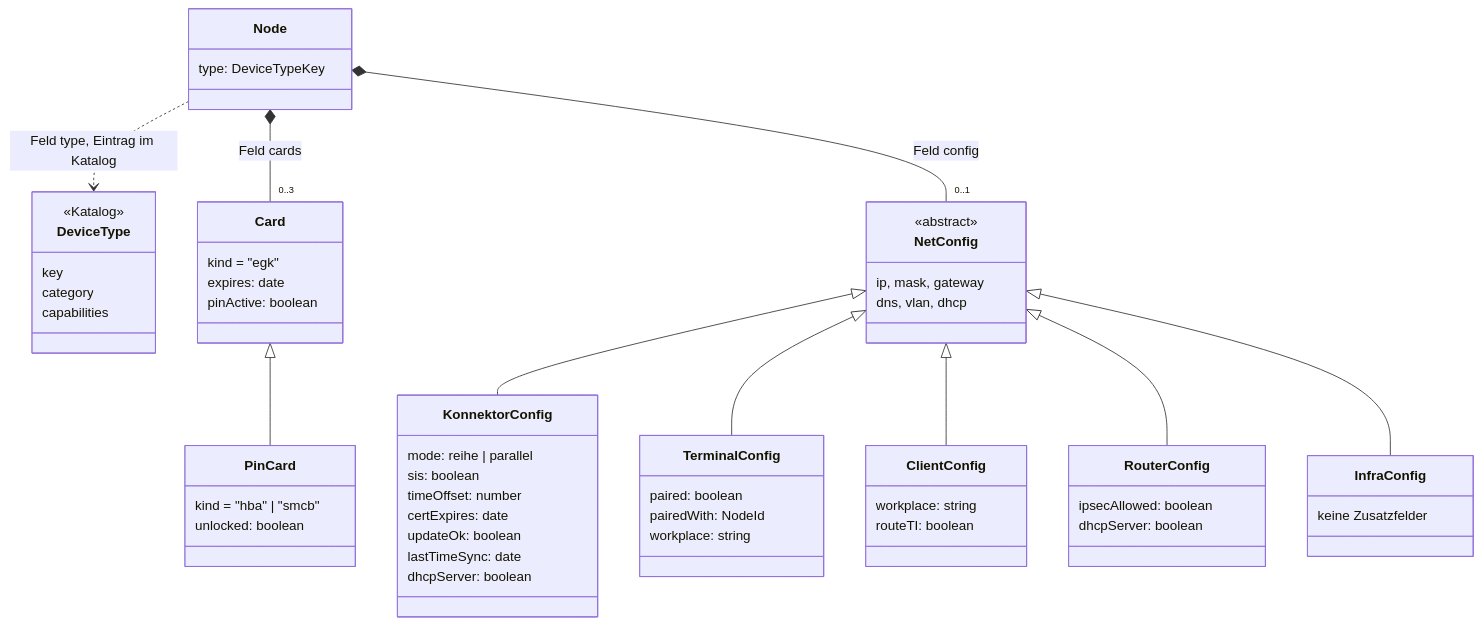
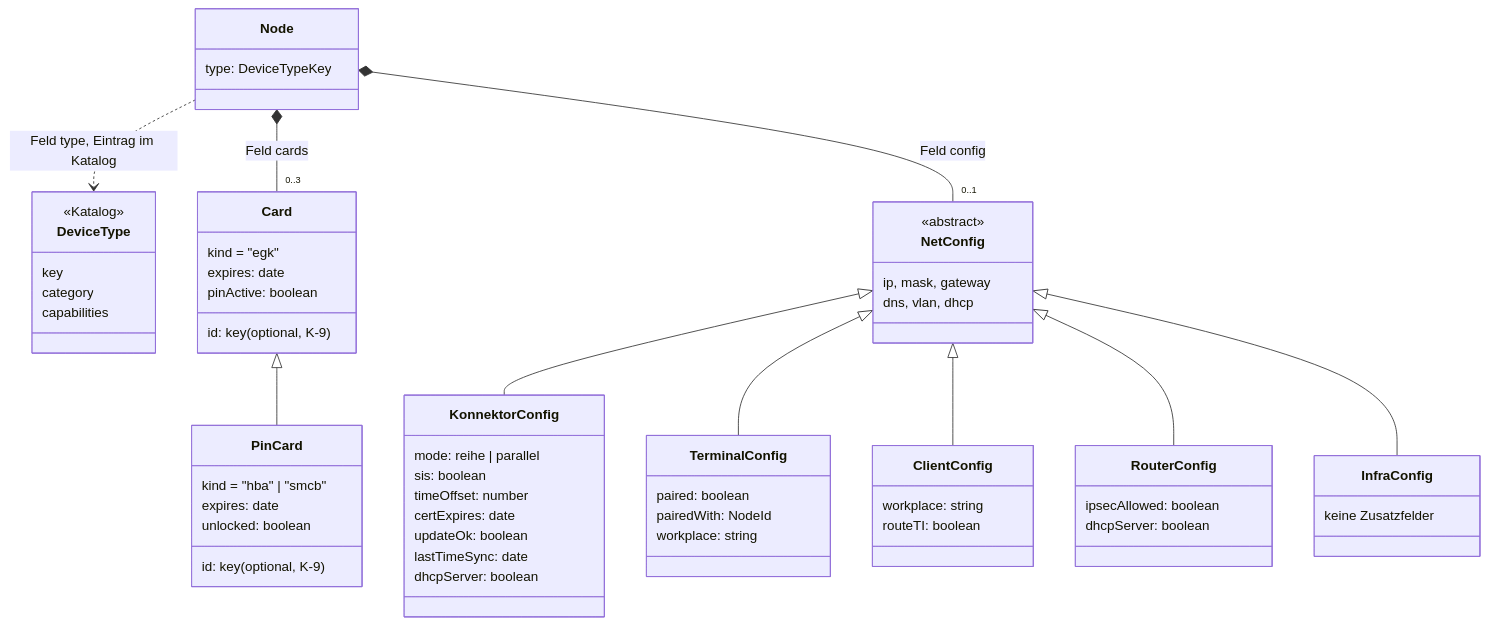
One commit to jurie2000/ti-visualizer changed the fifth of 10 diagrams in specs/001-ti-visualizer-baukasten/architektur.md. Above: the diagram before and after it, drawn with Mermaid. The commit also changed 4 other files, not shown here.

````diff
--- a/specs/001-ti-visualizer-baukasten/architektur.md
+++ b/specs/001-ti-visualizer-baukasten/architektur.md
@@ -295,61 +295,64 @@
 ```mermaid
 classDiagram
     direction TB
     class Node {
         type: DeviceTypeKey
     }
     class DeviceType {
         <<Katalog>>
         key
         category
         capabilities
     }
     class Card {
         kind = "egk"
         expires: date
+        id: key (optional, K-9)
         pinActive: boolean
     }
     class PinCard {
         kind = "hba" | "smcb"
+        expires: date
+        id: key (optional, K-9)
         unlocked: boolean
     }
     class NetConfig {
         <<abstract>>
         ip, mask, gateway
         dns, vlan, dhcp
     }
     class KonnektorConfig {
         mode: reihe | parallel
         sis: boolean
         timeOffset: number
         certExpires: date
         updateOk: boolean
         lastTimeSync: date
         dhcpServer: boolean
     }
     class TerminalConfig {
         paired: boolean
         pairedWith: NodeId
         workplace: string
     }
     class ClientConfig {
         workplace: string
         routeTI: boolean
     }
     class RouterConfig {
         ipsecAllowed: boolean
         dhcpServer: boolean
     }
     class InfraConfig {
         keine Zusatzfelder
     }
     Node ..> DeviceType : Feld type, Eintrag im Katalog
     Node *-- "0..3" Card : Feld cards
     Node *-- "0..1" NetConfig : Feld config
     Card <|-- PinCard
     NetConfig <|-- KonnektorConfig
     NetConfig <|-- TerminalConfig
     NetConfig <|-- ClientConfig
     NetConfig <|-- RouterConfig
     NetConfig <|-- InfraConfig
 ```
````
